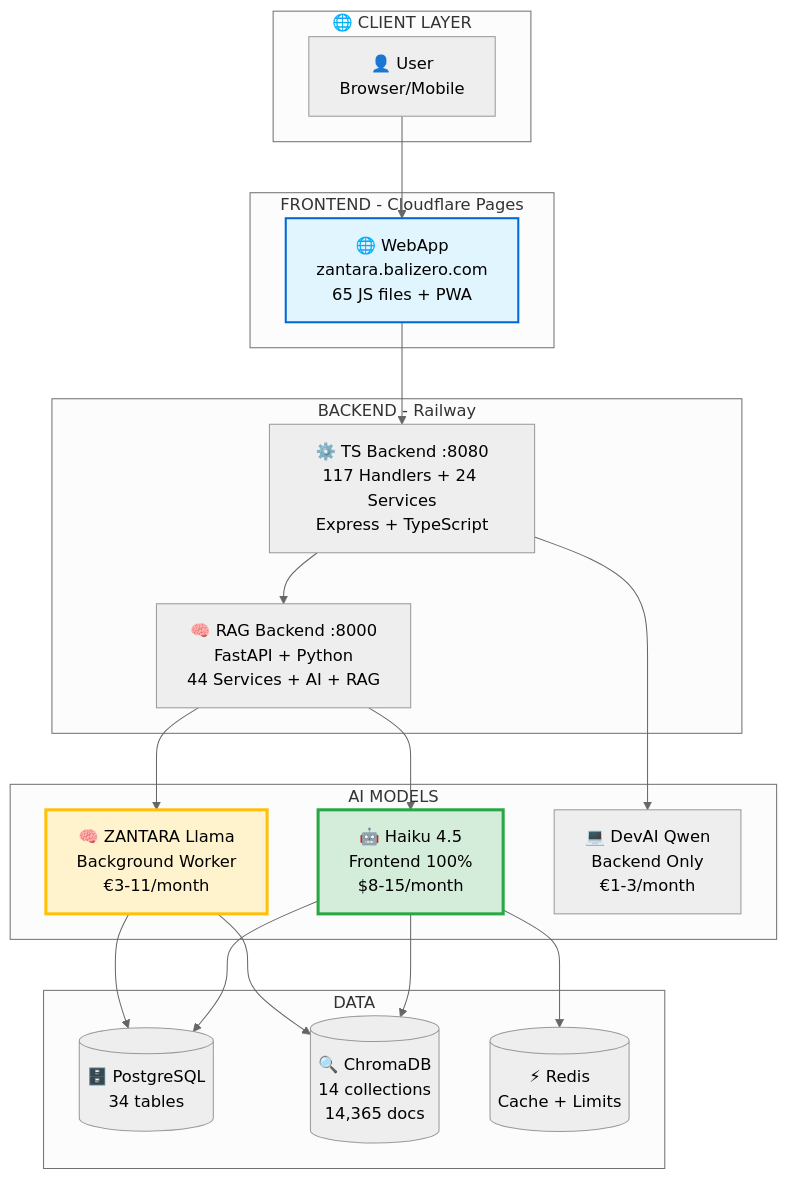
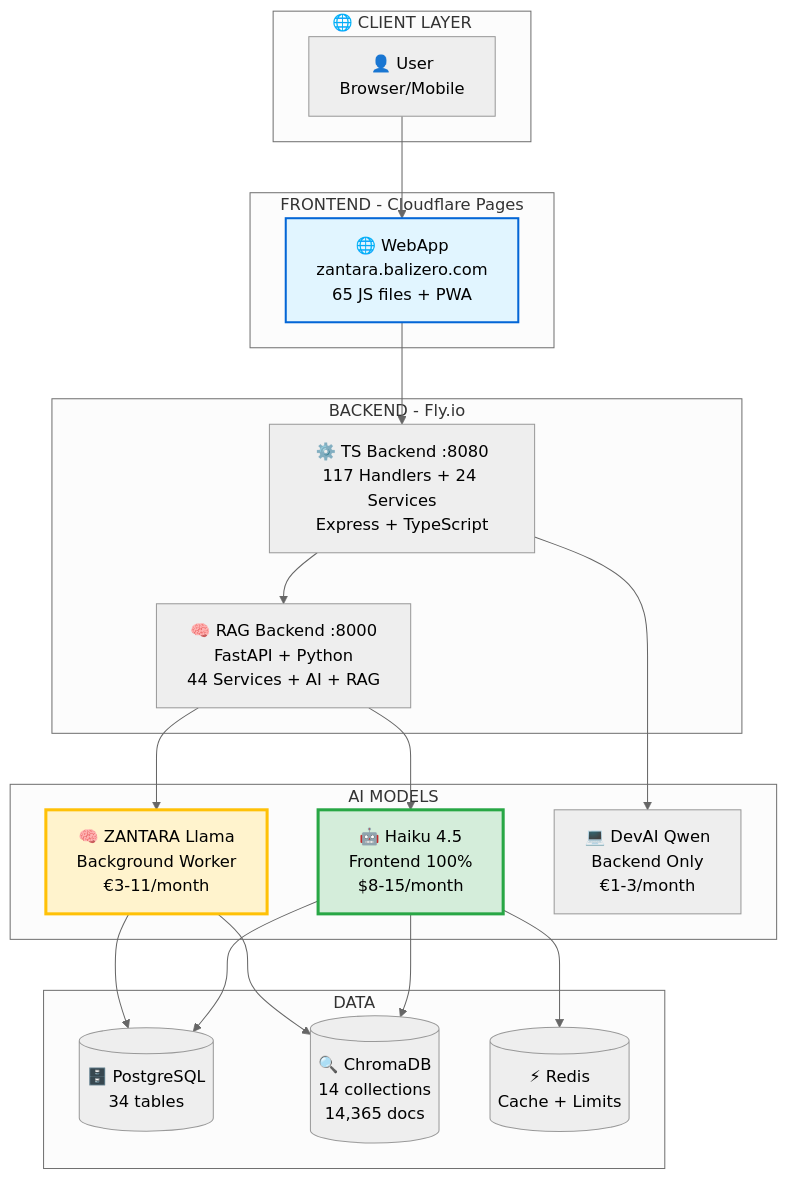
One commit to Balizero1987/nuzantara changed the first of 3 diagrams in docs/galaxy-map/01-system-overview.md. Above: the diagram before and after it, drawn with Mermaid (neutral theme). The commit also changed other lines of this file and 180 other files, not shown here.

````diff
--- a/docs/galaxy-map/01-system-overview.md
+++ b/docs/galaxy-map/01-system-overview.md
@@ -24,45 +24,45 @@
 ```mermaid
 graph TB
     subgraph "🌐 CLIENT LAYER"
         User[👤 User<br/>Browser/Mobile]
     end
     
     subgraph "FRONTEND - Cloudflare Pages"
         WebApp[🌐 WebApp<br/>zantara.balizero.com<br/>65 JS files + PWA]
     end
     
-    subgraph "BACKEND - Railway"
+    subgraph "BACKEND - Fly.io"
         TS[⚙️ TS Backend :8080<br/>117 Handlers + 24 Services<br/>Express + TypeScript]
         RAG[🧠 RAG Backend :8000<br/>FastAPI + Python<br/>44 Services + AI + RAG]
     end
     
     subgraph "AI MODELS"
         Haiku[🤖 Haiku 4.5<br/>Frontend 100%<br/>$8-15/month]
         Llama[🧠 ZANTARA Llama<br/>Background Worker<br/>€3-11/month]
         DevAI[💻 DevAI Qwen<br/>Backend Only<br/>€1-3/month]
     end
     
     subgraph "DATA"
         PG[(🗄️ PostgreSQL<br/>34 tables)]
         Chroma[(🔍 ChromaDB<br/>14 collections<br/>14,365 docs)]
         Redis[(⚡ Redis<br/>Cache + Limits)]
     end
     
     User --> WebApp
     WebApp --> TS
     TS --> RAG
     RAG --> Haiku
     RAG --> Llama
     TS --> DevAI
     
     Haiku --> Chroma
     Haiku --> PG
     Haiku --> Redis
     
     Llama --> Chroma
     Llama --> PG
     
     style Haiku fill:#d4edda,stroke:#28a745,stroke-width:3px
     style Llama fill:#fff3cd,stroke:#ffc107,stroke-width:3px
     style WebApp fill:#e1f5ff,stroke:#0366d6,stroke-width:2px
 ```
````
